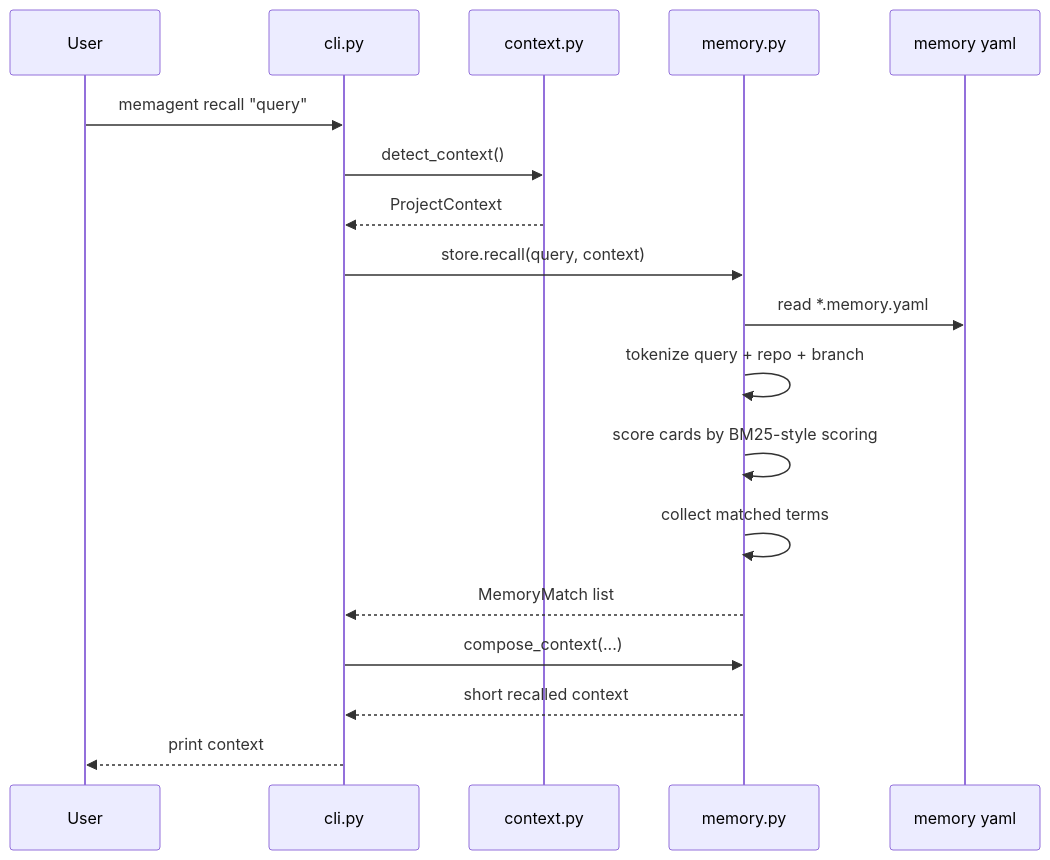
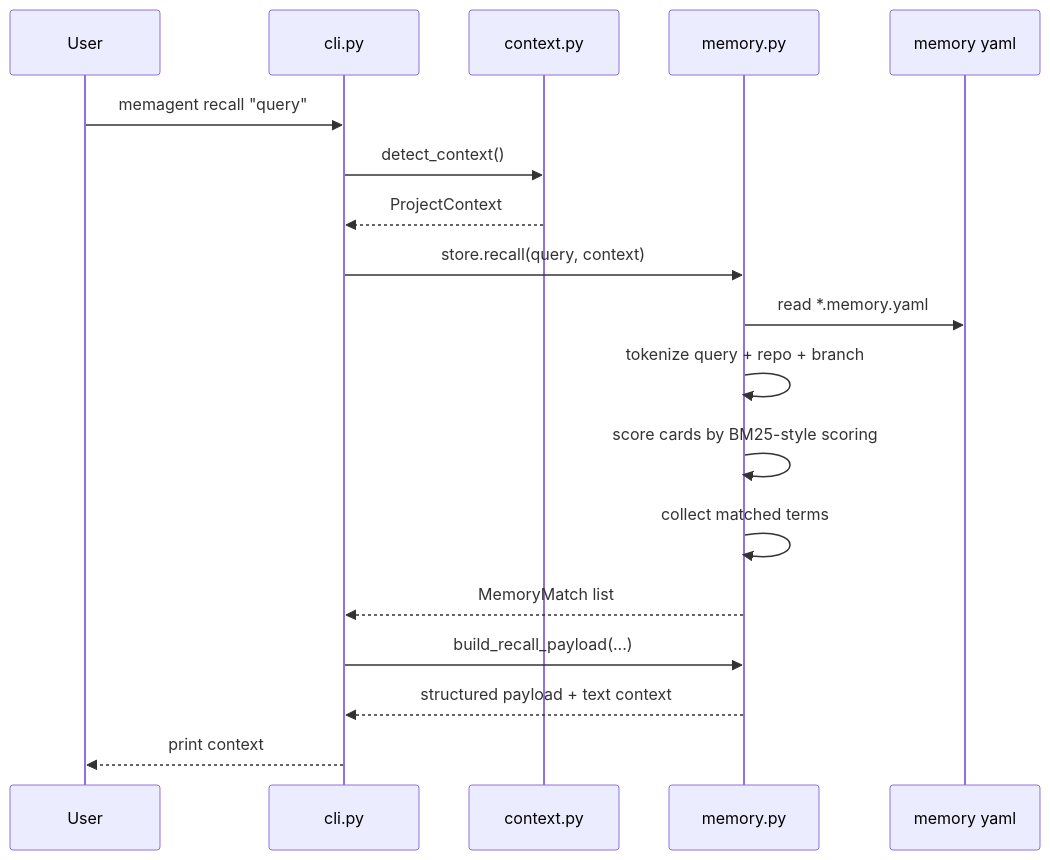
The third of 4 diagrams in docs/technical-walkthrough.md (liuw55804-sys/MemAgent), drawn with Mermaid before and after one commit. The commit also changed other lines of this file and 13 other files, not shown here.

Commit message:
feat: add structured recall output

````diff
--- a/docs/technical-walkthrough.md
+++ b/docs/technical-walkthrough.md
@@ -140,21 +142,21 @@
 ```mermaid
 sequenceDiagram
   participant U as User
   participant CLI as cli.py
   participant C as context.py
   participant M as memory.py
   participant F as memory yaml
 
   U->>CLI: memagent recall "query"
   CLI->>C: detect_context()
   C-->>CLI: ProjectContext
   CLI->>M: store.recall(query, context)
   M->>F: read *.memory.yaml
   M->>M: tokenize query + repo + branch
   M->>M: score cards by BM25-style scoring
   M->>M: collect matched terms
   M-->>CLI: MemoryMatch list
-  CLI->>M: compose_context(...)
-  M-->>CLI: short recalled context
+  CLI->>M: build_recall_payload(...)
+  M-->>CLI: structured payload + text context
   CLI-->>U: print context
 ```
````
